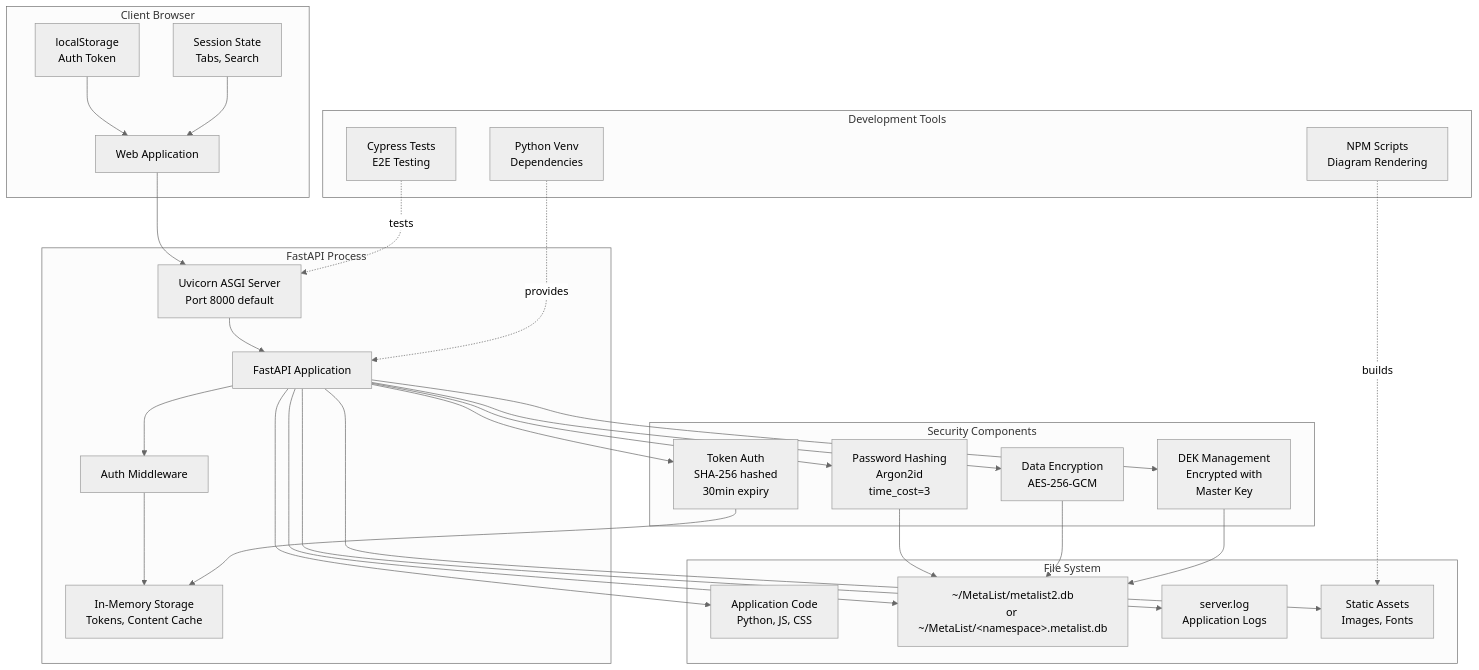
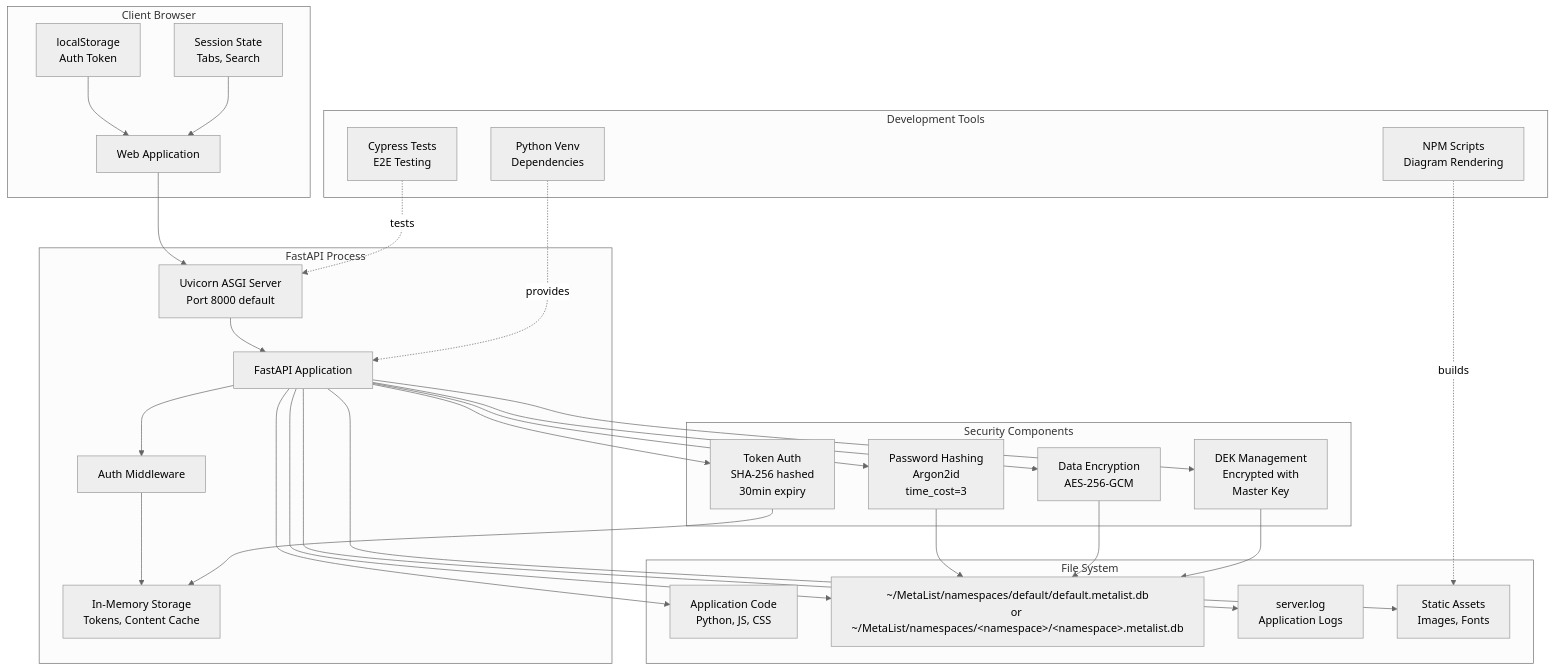
The diagram in docs/diagrams/deployment-architecture.md (evolvingstuff/metalist), drawn with Mermaid (neutral theme) before and after one commit. The commit also changed 10 other files, not shown here.

````diff
--- a/docs/diagrams/deployment-architecture.md
+++ b/docs/diagrams/deployment-architecture.md
@@ -5,62 +5,62 @@
 ```mermaid
 graph TB
     subgraph "Client Browser"
         WebApp[Web Application]
         LocalStorage[localStorage<br/>Auth Token]
         SessionStorage[Session State<br/>Tabs, Search]
     end
     
     subgraph "FastAPI Process"
         ASGI[Uvicorn ASGI Server<br/>Port 8000 default]
         App[FastAPI Application]
         Middleware[Auth Middleware]
         InMemory[In-Memory Storage<br/>Tokens, Content Cache]
     end
     
     subgraph "File System"
         AppCode[Application Code<br/>Python, JS, CSS]
-        SQLiteFile[~/MetaList/metalist2.db<br/>or ~/MetaList/&lt;namespace&gt;.metalist.db]
+        SQLiteFile[~/MetaList/namespaces/default/default.metalist.db<br/>or ~/MetaList/namespaces/&lt;namespace&gt;/&lt;namespace&gt;.metalist.db]
         Logs[server.log<br/>Application Logs]
         StaticAssets[Static Assets<br/>Images, Fonts]
     end
     
     subgraph "Security Components"
         PassHash[Password Hashing<br/>Argon2id<br/>time_cost=3]
         DataEnc[Data Encryption<br/>AES-256-GCM]
         TokenAuth[Token Auth<br/>SHA-256 hashed<br/>30min expiry]
         DEKMgmt[DEK Management<br/>Encrypted with<br/>Master Key]
     end
     
     subgraph "Development Tools"
         Cypress[Cypress Tests<br/>E2E Testing]
         NPM[NPM Scripts<br/>Diagram Rendering]
         Venv[Python Venv<br/>Dependencies]
     end
     
     WebApp --> ASGI
     LocalStorage --> WebApp
     SessionStorage --> WebApp
     
     ASGI --> App
     App --> Middleware
     Middleware --> InMemory
     
     App --> AppCode
     App --> SQLiteFile
     App --> Logs
     App --> StaticAssets
     
     App --> PassHash
     App --> DataEnc
     App --> TokenAuth
     App --> DEKMgmt
     
     PassHash --> SQLiteFile
     DataEnc --> SQLiteFile
     TokenAuth --> InMemory
     DEKMgmt --> SQLiteFile
     
     Cypress -.->|tests| ASGI
     NPM -.->|builds| StaticAssets
     Venv -.->|provides| App
 ```
````
